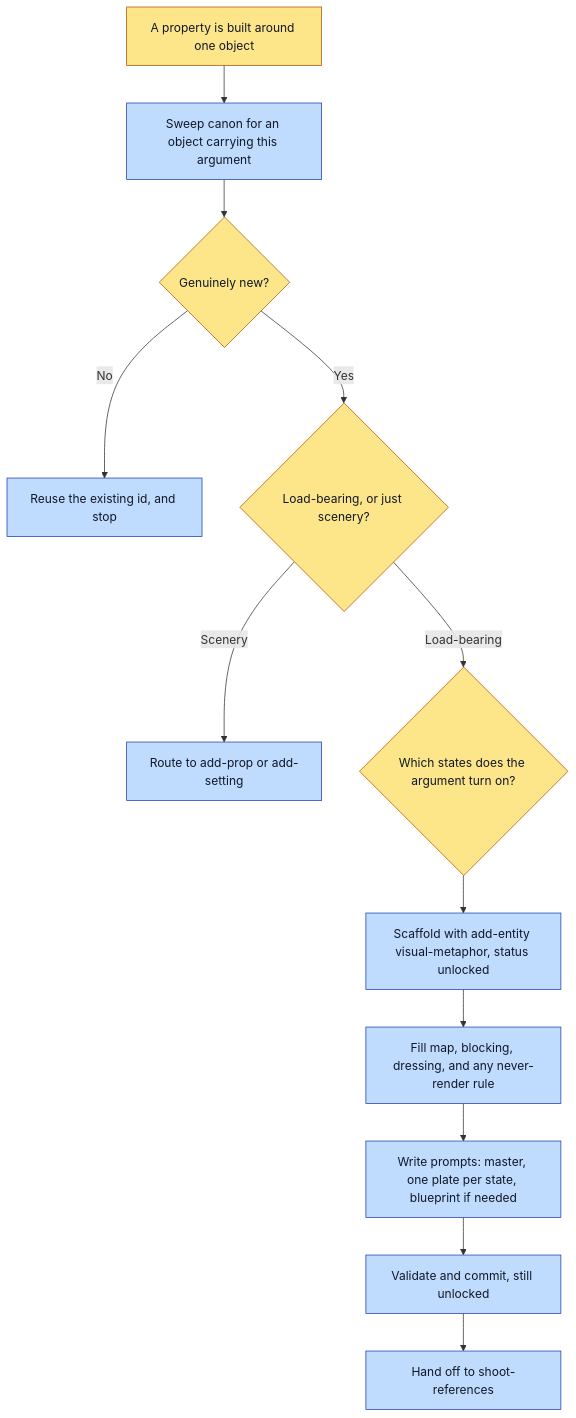
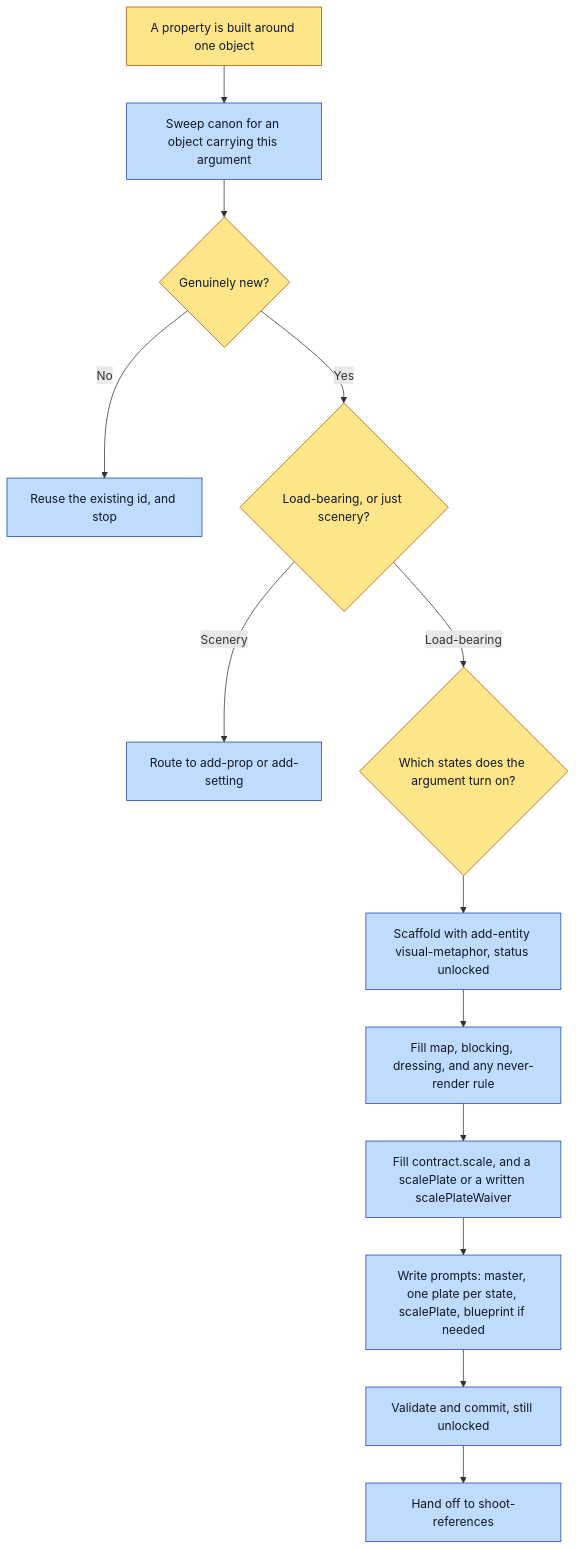
The diagram in skills/add-visual-metaphor/HDSOP.md (garysheng/agentic-brand-universe), drawn with Mermaid before and after one commit. The commit also changed other lines of this file and 8 other files, not shown here.

````diff
--- a/skills/add-visual-metaphor/HDSOP.md
+++ b/skills/add-visual-metaphor/HDSOP.md
@@ -71,18 +80,19 @@
 ```mermaid
 flowchart TD
     A[A property is built around one object] --> B[Sweep canon for an object carrying this argument]
     B --> C{Genuinely new?}
     C -->|No| D[Reuse the existing id, and stop]
     C -->|Yes| E{Load-bearing, or just scenery?}
     E -->|Scenery| F[Route to add-prop or add-setting]
     E -->|Load-bearing| G{Which states does the argument turn on?}
     G --> H[Scaffold with add-entity visual-metaphor, status unlocked]
     H --> I[Fill map, blocking, dressing, and any never-render rule]
-    I --> J[Write prompts: master, one plate per state, blueprint if needed]
+    I --> I2[Fill contract.scale, and a scalePlate or a written scalePlateWaiver]
+    I2 --> J[Write prompts: master, one plate per state, scalePlate, blueprint if needed]
     J --> K[Validate and commit, still unlocked]
     K --> L[Hand off to shoot-references]
     classDef human fill:#fde68a,stroke:#b45309,color:#111827;
     classDef agent fill:#bfdbfe,stroke:#1e40af,color:#111827;
     class A,C,E,G human;
-    class B,D,F,H,I,J,K,L agent;
+    class B,D,F,H,I,I2,J,K,L agent;
 ```
````
